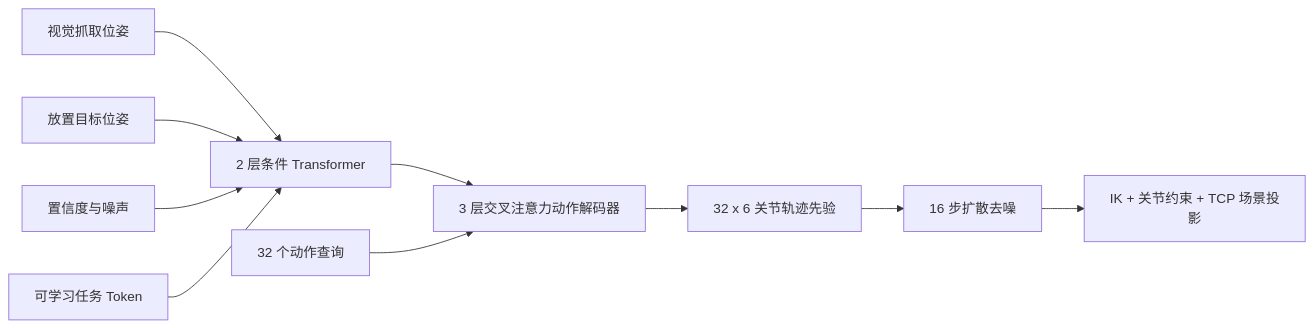
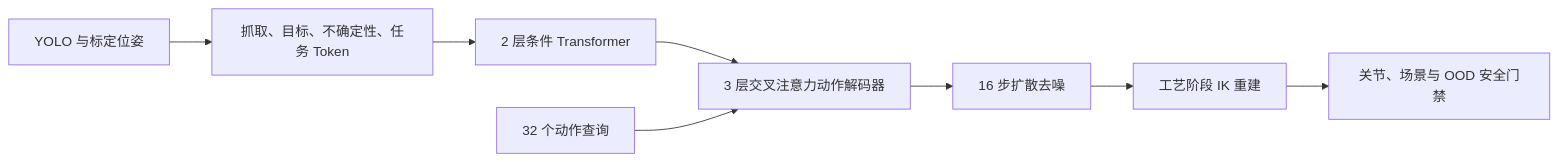
The diagram in README_使用说明.md (1830051801-ux/embodied-arm-learning), drawn with Mermaid before and after one commit. The commit also changed other lines of this file and 7 other files, not shown here.

````diff
--- a/README_使用说明.md
+++ b/README_使用说明.md
@@ -17,12 +40,10 @@
 ```mermaid
 flowchart LR
-    G["视觉抓取位姿"] --> E["2 层条件 Transformer"]
-    P["放置目标位姿"] --> E
-    U["置信度与噪声"] --> E
-    T["可学习任务 Token"] --> E
+    V["YOLO 与标定位姿"] --> C["抓取、目标、不确定性、任务 Token"]
+    C --> E["2 层条件 Transformer"]
     E --> A["3 层交叉注意力动作解码器"]
     Q["32 个动作查询"] --> A
-    A --> D["32 x 6 关节轨迹先验"]
-    D --> N["16 步扩散去噪"]
-    N --> S["IK + 关节约束 + TCP 场景投影"]
+    A --> D["16 步扩散去噪"]
+    D --> P["工艺阶段 IK 重建"]
+    P --> S["关节、场景与 OOD 安全门禁"]
 ```
````
